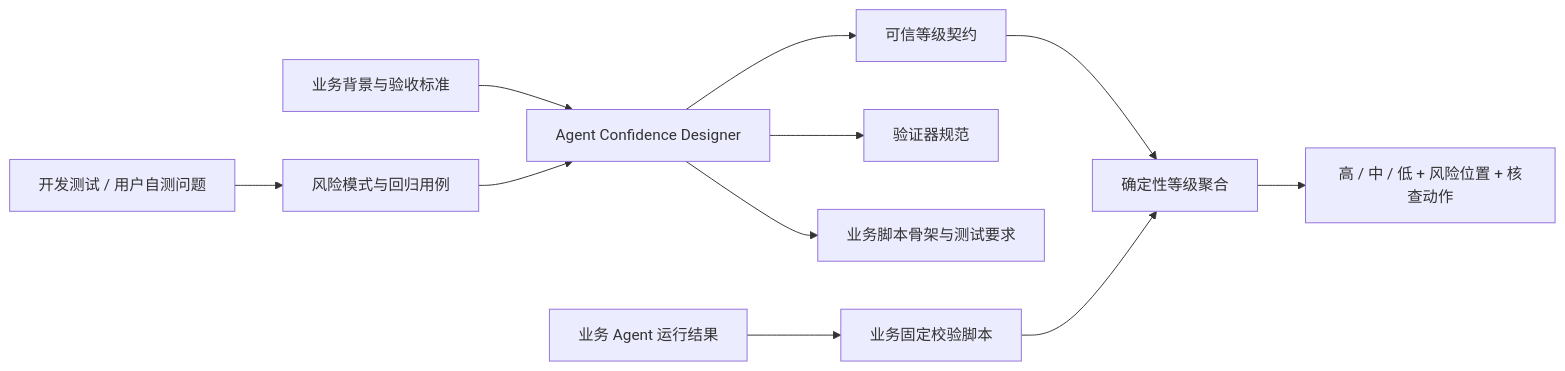
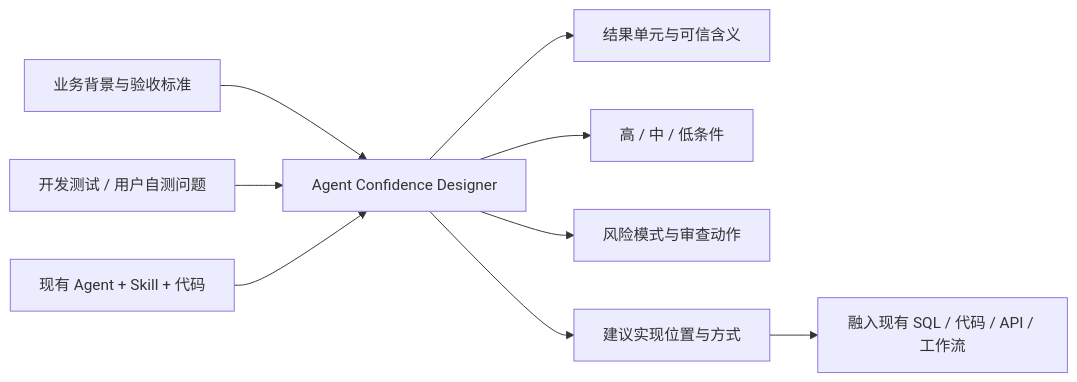
Before and after one commit to BytePioneer-AI/agent-confidence: the diagram in README.md, drawn with Mermaid. The commit also changed other lines of this file and 47 other files, not shown here.

````diff
--- a/README.md
+++ b/README.md
@@ -16,13 +33,11 @@
 ```mermaid
 flowchart LR
-    A[开发测试 / 用户自测问题] --> B[风险模式与回归用例]
-    C[业务背景与验收标准] --> D[Agent Confidence Designer]
-    B --> D
-    D --> E[可信等级契约]
-    D --> F[验证器规范]
-    D --> G[业务脚本骨架与测试要求]
-    H[业务 Agent 运行结果] --> I[业务固定校验脚本]
-    E --> J[确定性等级聚合]
-    I --> J
-    J --> K[高 / 中 / 低 + 风险位置 + 核查动作]
+    A[业务背景与验收标准] --> D[Agent Confidence Designer]
+    B[开发测试 / 用户自测问题] --> D
+    C[现有 Agent + Skill + 代码] --> D
+    D --> E[结果单元与可信含义]
+    D --> F[高 / 中 / 低条件]
+    D --> G[风险模式与审查动作]
+    D --> H[建议实现位置与方式]
+    H --> I[融入现有 SQL / 代码 / API / 工作流]
 ```
````
